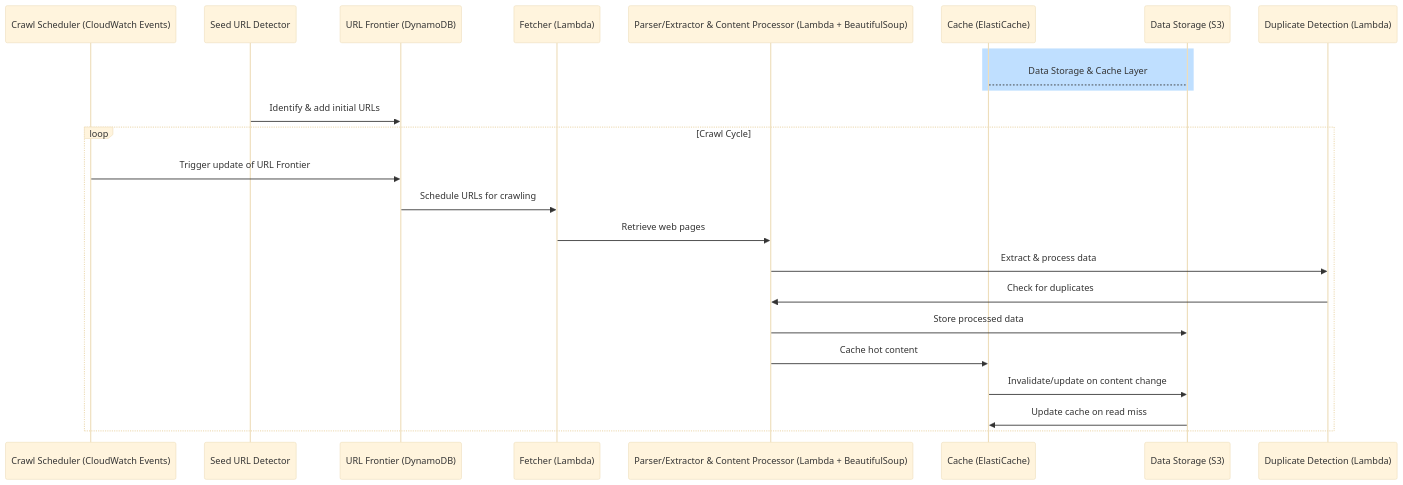
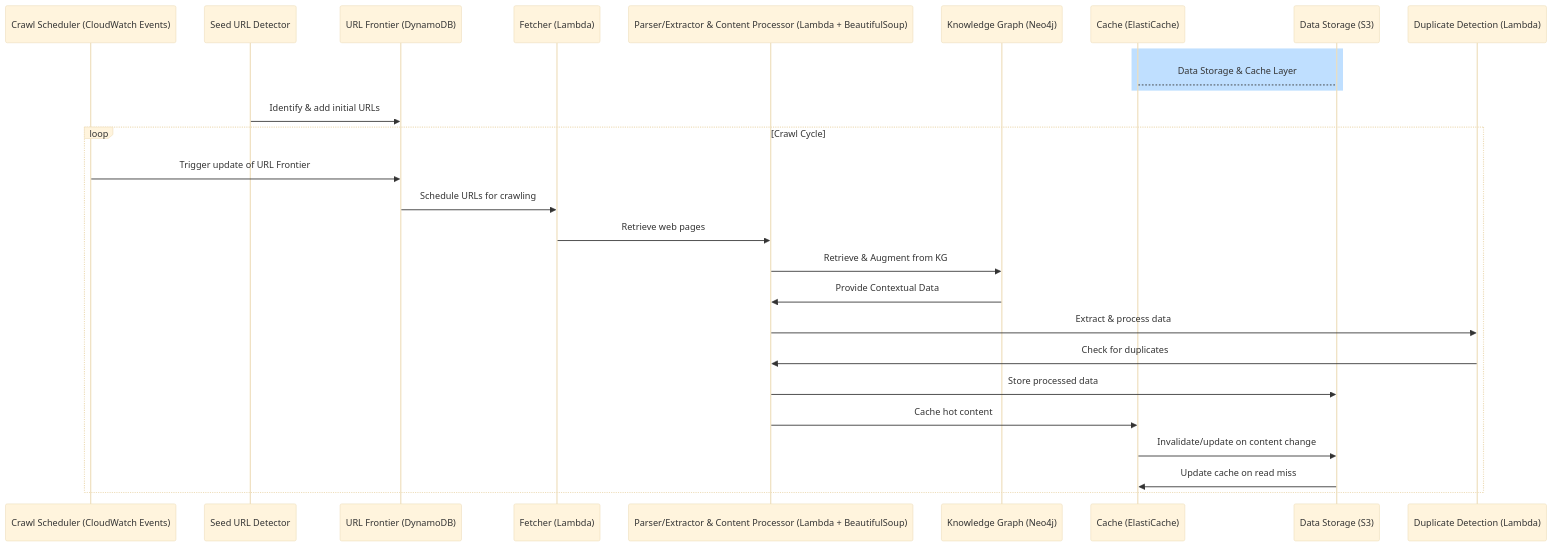
One commit to yike5460/awesome-notes changed the diagram in examples/txt2txt/webCrawler/README.md. Above: the diagram before and after it, drawn with Mermaid (base theme). The commit also changed other lines of this file, not shown here.

````diff
--- a/examples/txt2txt/webCrawler/README.md
+++ b/examples/txt2txt/webCrawler/README.md
@@ -33,28 +35,31 @@
 ```mermaid
 sequenceDiagram
     participant CS as Crawl Scheduler (CloudWatch Events)
     participant SUD as Seed URL Detector
     participant UF as URL Frontier (DynamoDB)
     participant F as Fetcher (Lambda)
     participant PECP as Parser/Extractor & Content Processor (Lambda + BeautifulSoup)
+    participant KG as Knowledge Graph (Neo4j)
     participant EC as Cache (ElastiCache)
     participant DS as Data Storage (S3)
     participant DD as Duplicate Detection (Lambda)
 
     rect rgb(191, 223, 255)
     EC-->DS: Data Storage & Cache Layer
     end
 
     SUD->>UF: Identify & add initial URLs
     loop Crawl Cycle
         CS->>UF: Trigger update of URL Frontier
         UF->>F: Schedule URLs for crawling
         F->>PECP: Retrieve web pages
+        PECP->>KG: Retrieve & Augment from KG
+        KG->>PECP: Provide Contextual Data
         PECP->>DD: Extract & process data
         DD->>PECP: Check for duplicates
         PECP->>DS: Store processed data
         PECP->>EC: Cache hot content
         EC->>DS: Invalidate/update on content change
         DS->>EC: Update cache on read miss
     end
 ```
````
